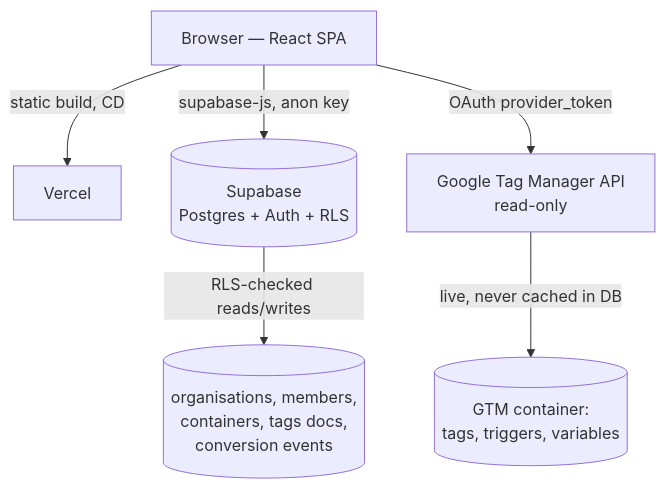
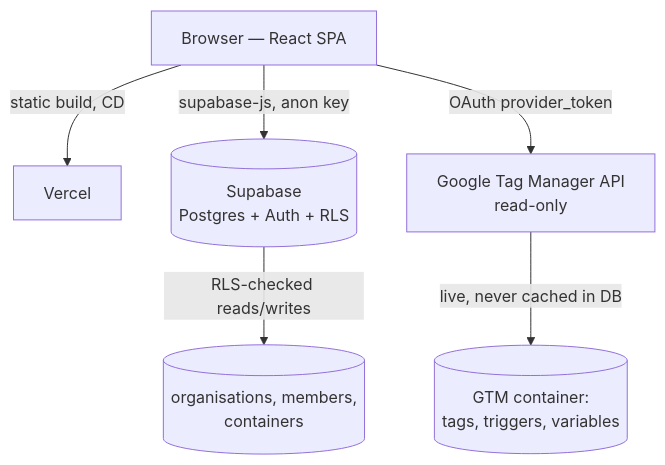
One commit to BillyDuffy6272/TagOps-Pro changed the diagram in docs/03-architecture.md. Above: the diagram before and after it, drawn with Mermaid. The commit also changed other lines of this file and 33 other files, not shown here.

````diff
--- a/docs/03-architecture.md
+++ b/docs/03-architecture.md
@@ -16,8 +16,8 @@
 ```mermaid
 graph TD
     B[Browser — React SPA] -->|static build, CD| V[Vercel]
     B -->|supabase-js, anon key| S[(Supabase<br/>Postgres + Auth + RLS)]
     B -->|OAuth provider_token| G[Google Tag Manager API<br/>read-only]
-    S -->|RLS-checked reads/writes| DB[(organisations, members,<br/>containers, tags docs,<br/>conversion events)]
+    S -->|RLS-checked reads/writes| DB[(organisations, members,<br/>containers)]
     G -->|live, never cached in DB| GTM[(GTM container:<br/>tags, triggers, variables)]
 ```
````
